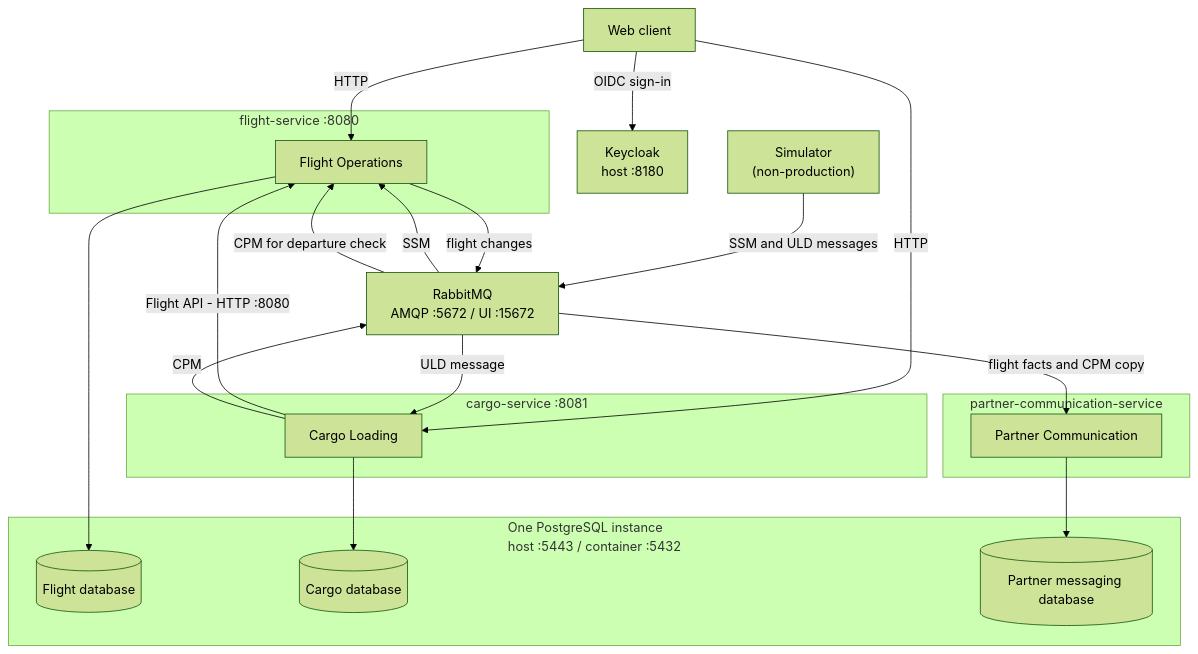
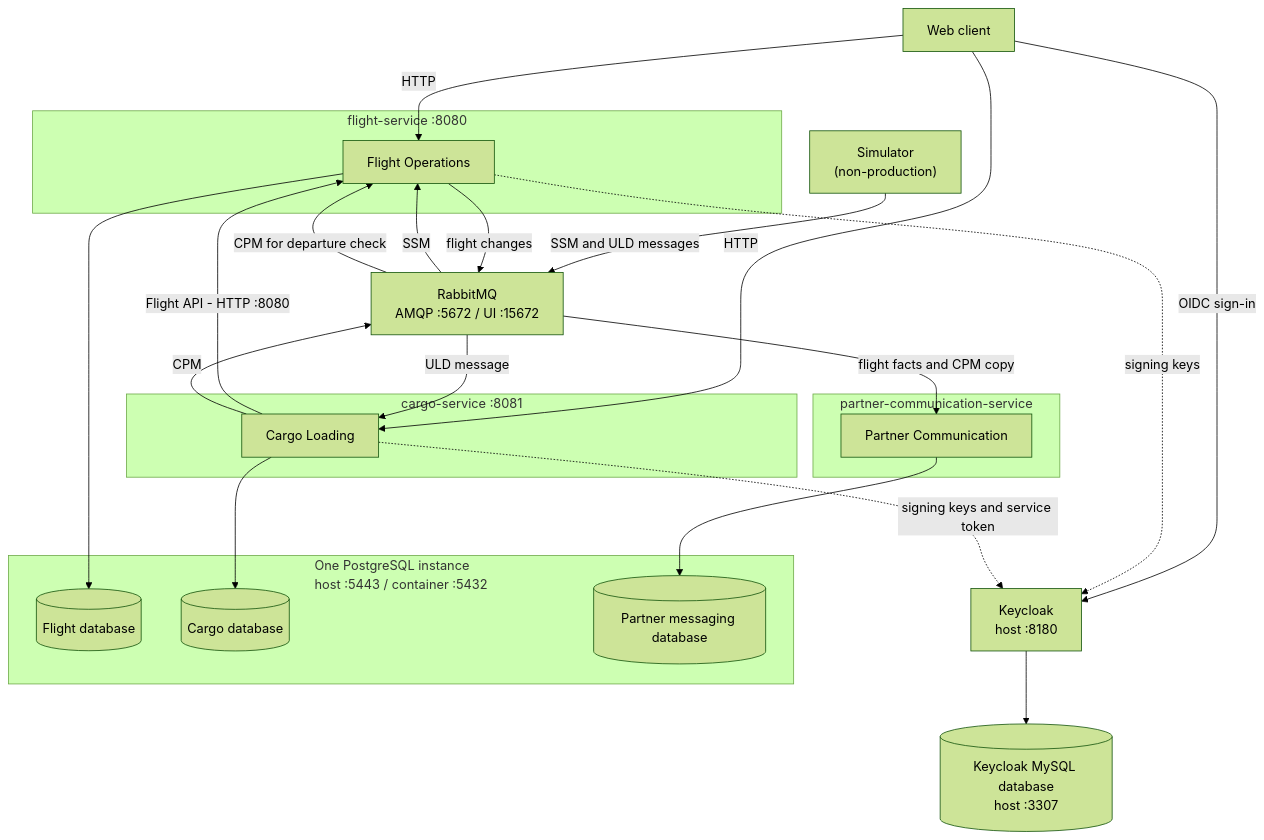
Before and after one commit to ebhd/air-freight-operations: the third of 9 diagrams in architecture/analyse.md, drawn with Mermaid (forest theme). The commit also changed other lines of this file, not shown here.

First line of the commit message:
Add the sign-in and authorization design to the architecture (#1)

````diff
--- a/architecture/analyse.md
+++ b/architecture/analyse.md
@@ -104,34 +104,38 @@
 ```mermaid
 flowchart TB
     Client["Web client"] -->|HTTP| F
     Client -->|HTTP| C
     Client -->|OIDC sign-in| IAM["Keycloak<br/>host :8180"]
 
     subgraph FS["flight-service :8080"]
         F["Flight Operations"]
     end
     subgraph CS["cargo-service :8081"]
         C["Cargo Loading"]
     end
     subgraph PS["partner-communication-service"]
         P["Partner Communication"]
     end
     subgraph PG["One PostgreSQL instance<br/>host :5443 / container :5432"]
         FDB[("Flight database")]
         CDB[("Cargo database")]
         PDB[("Partner messaging database")]
     end
 
     F --> FDB
     C --> CDB
     P --> PDB
     C -->|Flight API - HTTP :8080| F
 
     Sim["Simulator<br/>(non-production)"] -->|SSM and ULD messages| MQ["RabbitMQ<br/>AMQP :5672 / UI :15672"]
     MQ -->|SSM| F
     MQ -->|ULD message| C
     F -->|flight changes| MQ
     C -->|CPM| MQ
     MQ -->|flight facts and CPM copy| P
     MQ -->|CPM for departure check| F
+
+    IAM --> KDB[("Keycloak MySQL database<br/>host :3307")]
+    F -.->|signing keys| IAM
+    C -.->|signing keys and service token| IAM
 ```
````
